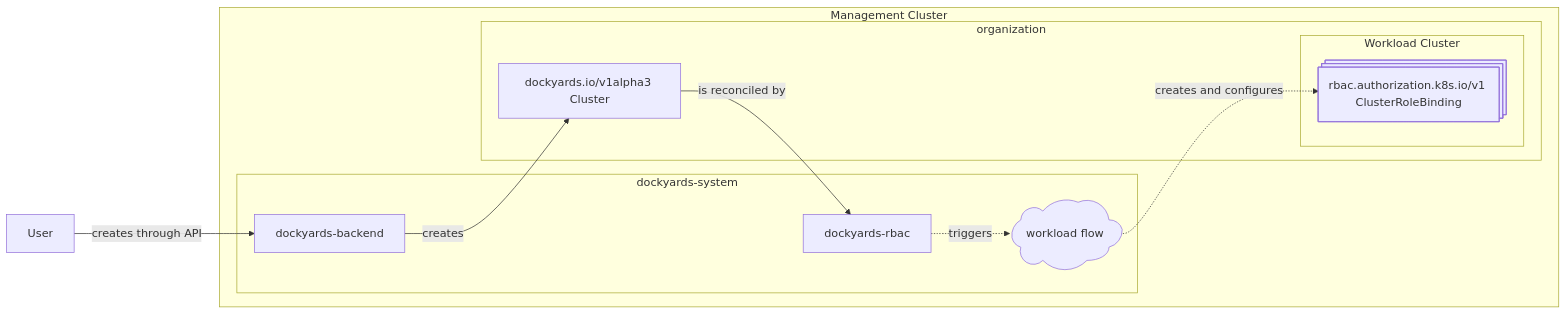
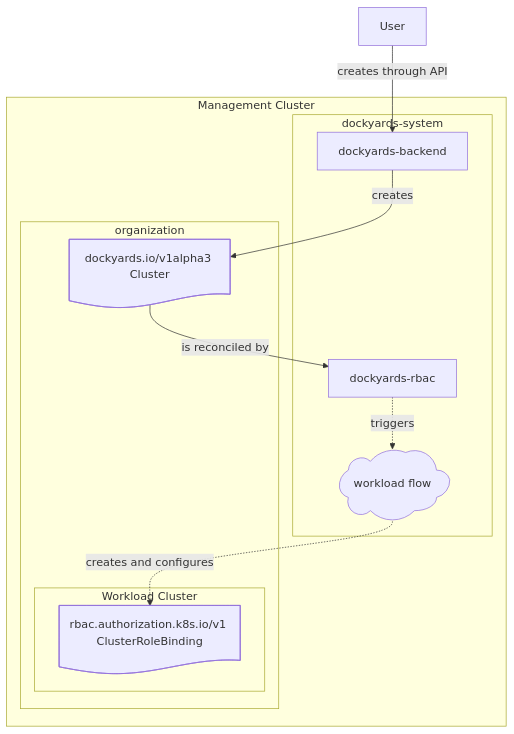
One commit to sudoswedenab/dockyards-rbac changed the diagram in README.md. Above: the diagram before and after it, drawn with Mermaid.

````diff
--- a/README.md
+++ b/README.md
@@ -4,31 +4,29 @@
 ```mermaid
-flowchart LR
-    DockyardsRBAC["dockyards-rbac"]
-    DockyardsBackend["dockyards-backend"]
-    User
-    DockyardsCluster["dockyards.io/v1alpha3 Cluster"]
-    WorkloadFlow@{ shape: cloud, label: "workload flow" }
-    ClusterRoleBindings@{ shape: processes, label: "rbac.authorization.k8s.io/v1 ClusterRoleBinding"}
+flowchart TB
+    User@{shape: rect, label: "User"}
+    DockyardsBackend@{shape: rect, label: "dockyards-backend"}
+    DockyardsRBAC@{shape: rect, label: "dockyards-rbac"}
+    DockyardsCluster@{shape: doc, label: "dockyards.io/v1alpha3 Cluster"}
+    WorkloadFlow@{shape: cloud, label: "workload flow"}
+    ClusterRoleBindings@{shape: doc, label: "rbac.authorization.k8s.io/v1 ClusterRoleBinding"}
 
     User -->|creates through API| DockyardsBackend
     DockyardsBackend -->|creates| DockyardsCluster
     DockyardsCluster -->|is reconciled by| DockyardsRBAC
-    DockyardsRBAC -.->|triggers|WorkloadFlow
+    DockyardsRBAC -.->|triggers| WorkloadFlow
     WorkloadFlow -.->|creates and configures| ClusterRoleBindings
-
 
     subgraph Management Cluster
         subgraph dockyards-system
             DockyardsBackend
             DockyardsRBAC
             WorkloadFlow
         end
         subgraph organization
             DockyardsCluster
-
             subgraph Workload Cluster
                 ClusterRoleBindings
             end
         end
     end
 ```
````
